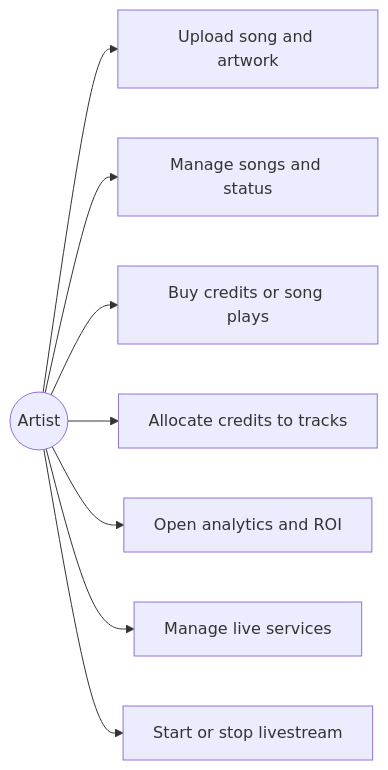
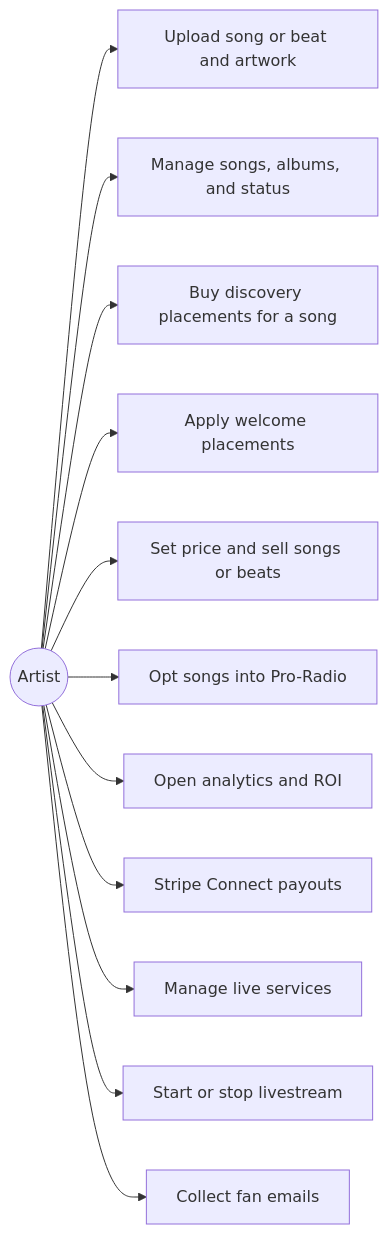
The third of 14 diagrams in docs/UML/uml-diagrams.md (Tmaku18/RADIOapp), drawn with Mermaid before and after one commit. The commit also changed other lines of this file and 64 other files, not shown here.

````diff
--- a/docs/UML/uml-diagrams.md
+++ b/docs/UML/uml-diagrams.md
@@ -54,10 +68,14 @@
 ```mermaid
 flowchart LR
-  Artist((Artist)) --> UploadSong[Upload song and artwork]
-  Artist --> ManageSongs[Manage songs and status]
-  Artist --> BuyCredits[Buy credits or song plays]
-  Artist --> AllocateCredits[Allocate credits to tracks]
+  Artist((Artist)) --> UploadSong[Upload song or beat and artwork]
+  Artist --> ManageSongs[Manage songs, albums, and status]
+  Artist --> BuyPlacements[Buy discovery placements for a song]
+  Artist --> WelcomePlacements[Apply welcome placements]
+  Artist --> SellSongs[Set price and sell songs or beats]
+  Artist --> ProRadioOptIn[Opt songs into Pro-Radio]
   Artist --> ViewAnalytics[Open analytics and ROI]
+  Artist --> Payouts[Stripe Connect payouts]
   Artist --> LiveServices[Manage live services]
   Artist --> GoLive[Start or stop livestream]
+  Artist --> FanList[Collect fan emails]
 ```
````
